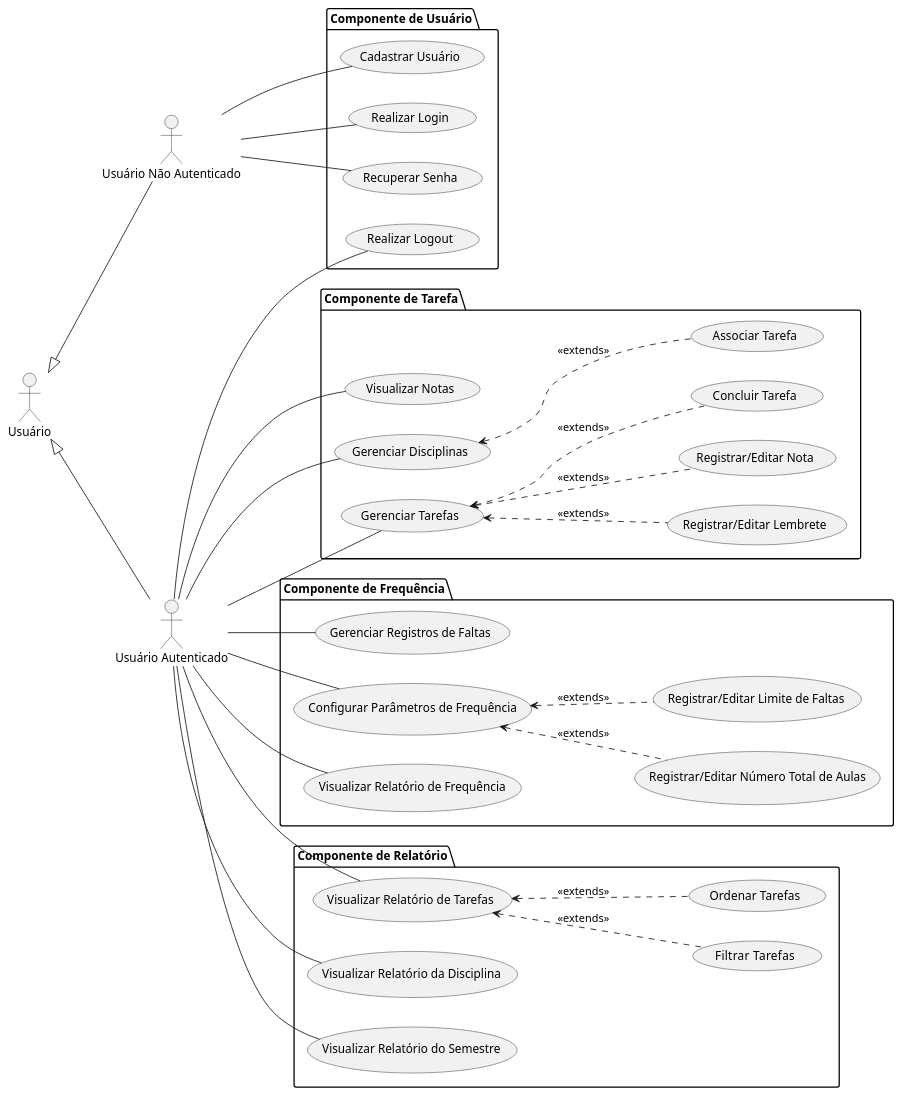
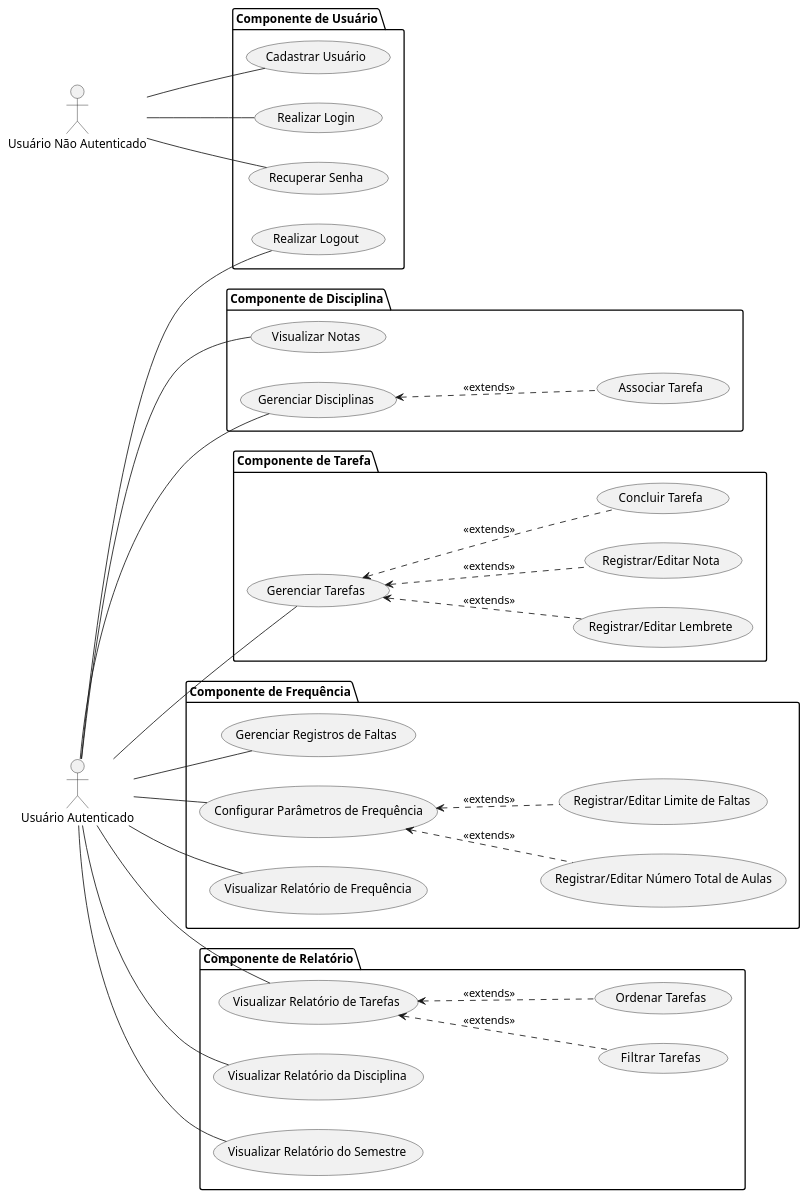
The diagram in UML/casos_de_uso.puml (fcolona/ProjetoFinalAPOO), drawn with PlantUML before and after one commit.

Commit message:
separação do componente de tarefa e do componente de disciplina

```diff
--- a/UML/casos_de_uso.puml
+++ b/UML/casos_de_uso.puml
@@ -1,73 +1,73 @@
-@startuml "Projeto Final Refinado"
+@startuml "Projeto Final"
 left to right direction
 
-actor :Usuário: as gen
 actor :Usuário Não Autenticado: as anom
 actor :Usuário Autenticado: as user
-
-gen <|-- anom
-gen <|-- user
 
 package "Componente de Usuário" {
     usecase "Cadastrar Usuário" as uc_registration
     usecase "Realizar Login" as uc_login
     usecase "Realizar Logout" as uc_logout
     usecase "Recuperar Senha" as uc_forgot_pass
 }
 anom -- uc_registration
 anom -- uc_login
 anom -- uc_forgot_pass
 user -- uc_logout
 
 
-package "Componente de Tarefa" {
+package "Componente de Disciplina" {
     usecase "Visualizar Notas" as uc_view_grades
 
     usecase "Gerenciar Disciplinas" as uc_disc
     usecase "Associar Tarefa" as uc_association
     
+    uc_disc <.. uc_association : <<extends>>
+}
+
+package "Componente de Tarefa" {
     usecase "Gerenciar Tarefas" as uc_task
     usecase "Registrar/Editar Lembrete" as uc_reminder
     usecase "Registrar/Editar Nota" as uc_grade
     usecase "Concluir Tarefa" as uc_done
     
     uc_task <.. uc_reminder : <<extends>>
     uc_task <.. uc_grade : <<extends>>
     uc_task <.. uc_done : <<extends>>
-    uc_disc <.. uc_association : <<extends>>
 }
+
 user -- uc_disc
 user -- uc_task
 user -- uc_view_grades
 
 
 package "Componente de Frequência" {
     usecase "Gerenciar Registros de Faltas" as uc_freq
     usecase "Configurar Parâmetros de Frequência" as uc_config_freq
     usecase "Registrar/Editar Número Total de Aulas" as uc_classes
     usecase "Registrar/Editar Limite de Faltas" as uc_freq_limit
     usecase "Visualizar Relatório de Frequência" as uc_freq_dashboard
 
     uc_config_freq <.. uc_classes : <<extends>>
     uc_config_freq <.. uc_freq_limit : <<extends>>
 }
 user -- uc_freq
 user -- uc_freq_dashboard
 user -- uc_config_freq
 
 
 package "Componente de Relatório" {
     usecase "Visualizar Relatório de Tarefas" as uc_view_tasks
     usecase "Filtrar  Tarefas" as uc_filter_tasks
     usecase "Ordenar Tarefas" as uc_order_tasks
     usecase "Visualizar Relatório da Disciplina" as uc_view_disc
     usecase "Visualizar Relatório do Semestre" as uc_view_semester
 
     uc_view_tasks <.. uc_filter_tasks : <<extends>>
     uc_view_tasks <.. uc_order_tasks : <<extends>>
 }
 user -- uc_view_tasks
 user -- uc_view_disc
 user -- uc_view_semester
 
 @enduml
```
